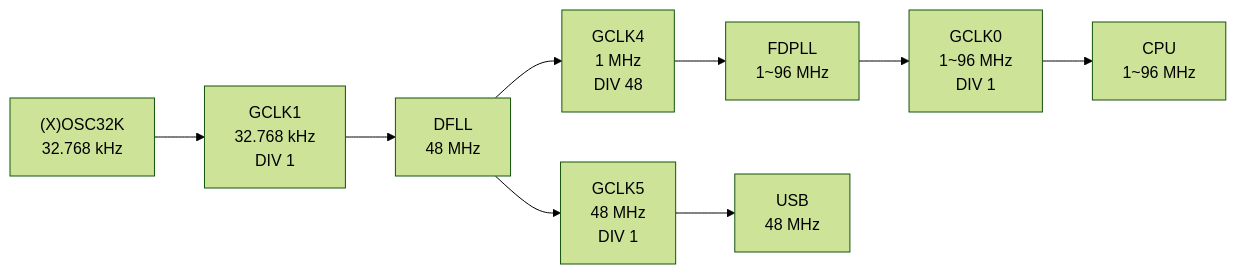
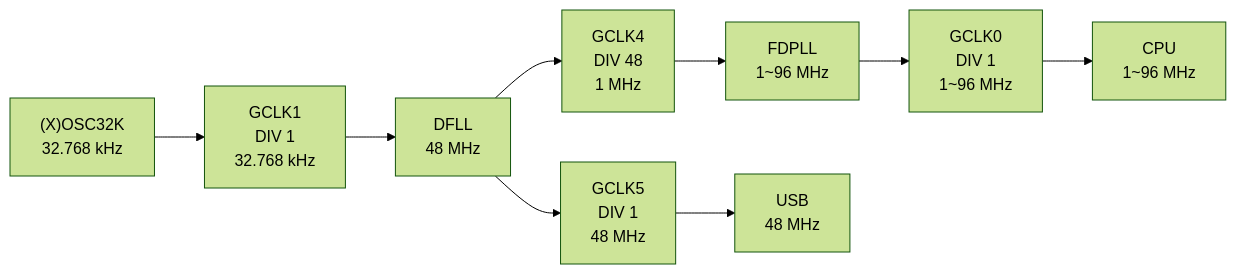
One commit to dojyorin/arduino_m0_tweak changed the third of 4 diagrams in README.md. Above: the diagram before and after it, drawn with Mermaid (forest theme). The commit also changed other lines of this file, not shown here.

````diff
--- a/README.md
+++ b/README.md
@@ -131,6 +131,6 @@
 ```mermaid
 flowchart LR
 
-OSC32K["(X)OSC32K\n32.768 kHz"] --> GCLK1["GCLK1\n32.768 kHz\nDIV 1"] --> DFLL["DFLL\n48 MHz"] --> GCLK4["GCLK4\n1 MHz\nDIV 48"] --> FDPLL["FDPLL\n1~96 MHz"] --> GCLK0["GCLK0\n1~96 MHz\nDIV 1"] --> CPU["CPU\n1~96 MHz"]
-DFLL --> GCLK5["GCLK5\n48 MHz\nDIV 1"] --> USB["USB\n48 MHz"]
+OSC32K["(X)OSC32K\n32.768 kHz"] --> GCLK1["GCLK1\nDIV 1\n32.768 kHz"] --> DFLL["DFLL\n48 MHz"] --> GCLK4["GCLK4\nDIV 48\n1 MHz"] --> FDPLL["FDPLL\n1~96 MHz"] --> GCLK0["GCLK0\nDIV 1\n1~96 MHz"] --> CPU["CPU\n1~96 MHz"]
+DFLL --> GCLK5["GCLK5\nDIV 1\n48 MHz"] --> USB["USB\n48 MHz"]
 ```
````
